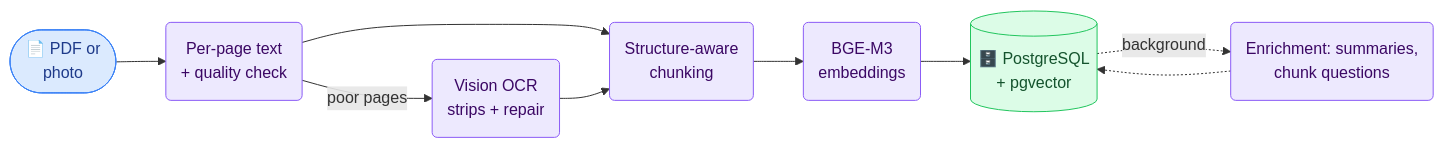
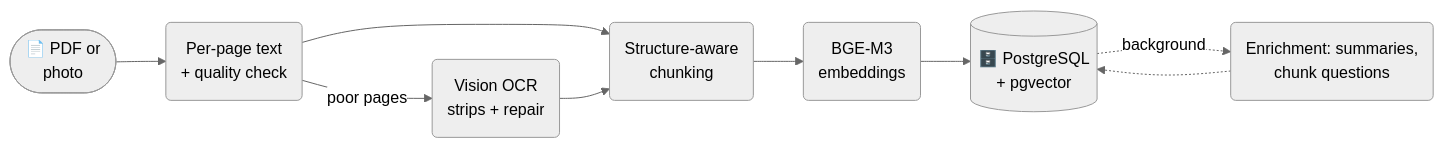
The first of 2 diagrams in README.md (Soroush-porhonar/Daneshjoyar), drawn with Mermaid before and after one commit. The commit also changed other lines of this file, not shown here.

Commit message:
README: diagrams in Mermaid's neutral theme

````diff
--- a/README.md
+++ b/README.md
@@ -48,17 +48,12 @@
 ```mermaid
+%%{init: {"theme": "neutral"}}%%
 flowchart LR
   A([📄 PDF or<br>photo]) --> B(Per-page text<br>+ quality check)
   B -->|poor pages| C(Vision OCR<br>strips + repair)
   B --> D(Structure-aware<br>chunking)
   C --> D
   D --> E(BGE-M3<br>embeddings)
   E --> F[(🗄️ PostgreSQL<br>+ pgvector)]
   F -. background .-> G(Enrichment: summaries,<br>chunk questions)
   G -.-> F
-  classDef io fill:#dbeafe,stroke:#3b82f6,color:#1e3a8a
-  classDef step fill:#ede9fe,stroke:#8b5cf6,color:#3b0764
-  classDef store fill:#dcfce7,stroke:#22c55e,color:#14532d
-  class A io
-  class B,C,D,E,G step
-  class F store
 ```
````
